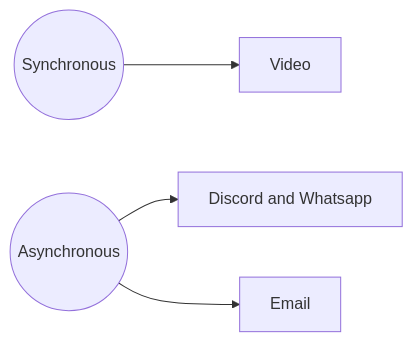
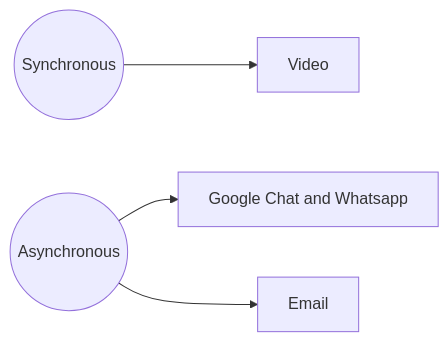
The second of 2 diagrams in onboarding/README.md (life-itself/tao), drawn with Mermaid before and after one commit. The commit also changed other lines of this file, not shown here.

Commit message:
[onboarding][xs]: updating information about communicating with the team

````diff
--- a/onboarding/README.md
+++ b/onboarding/README.md
@@ -212,10 +212,10 @@
 ```mermaid
 graph LR
 
 sync((Synchronous))
 async((Asynchronous))
 
 sync --> video[Video]
-async --> chat[Discord and Whatsapp]
+async --> chat[Google Chat and Whatsapp]
 async --> email[Email]
 ```
````
